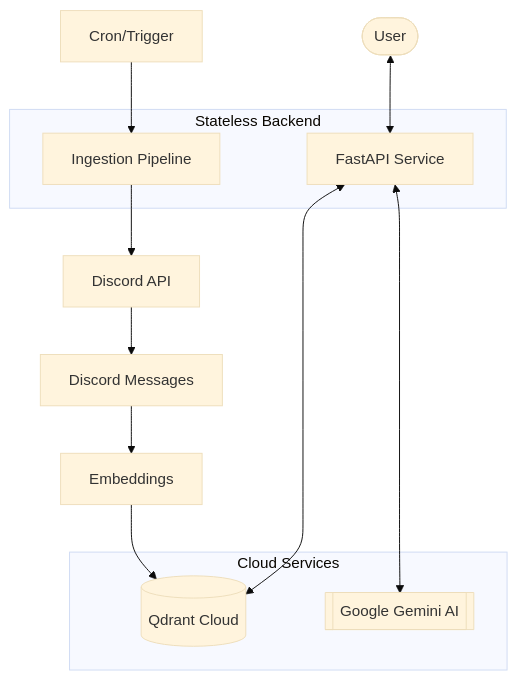
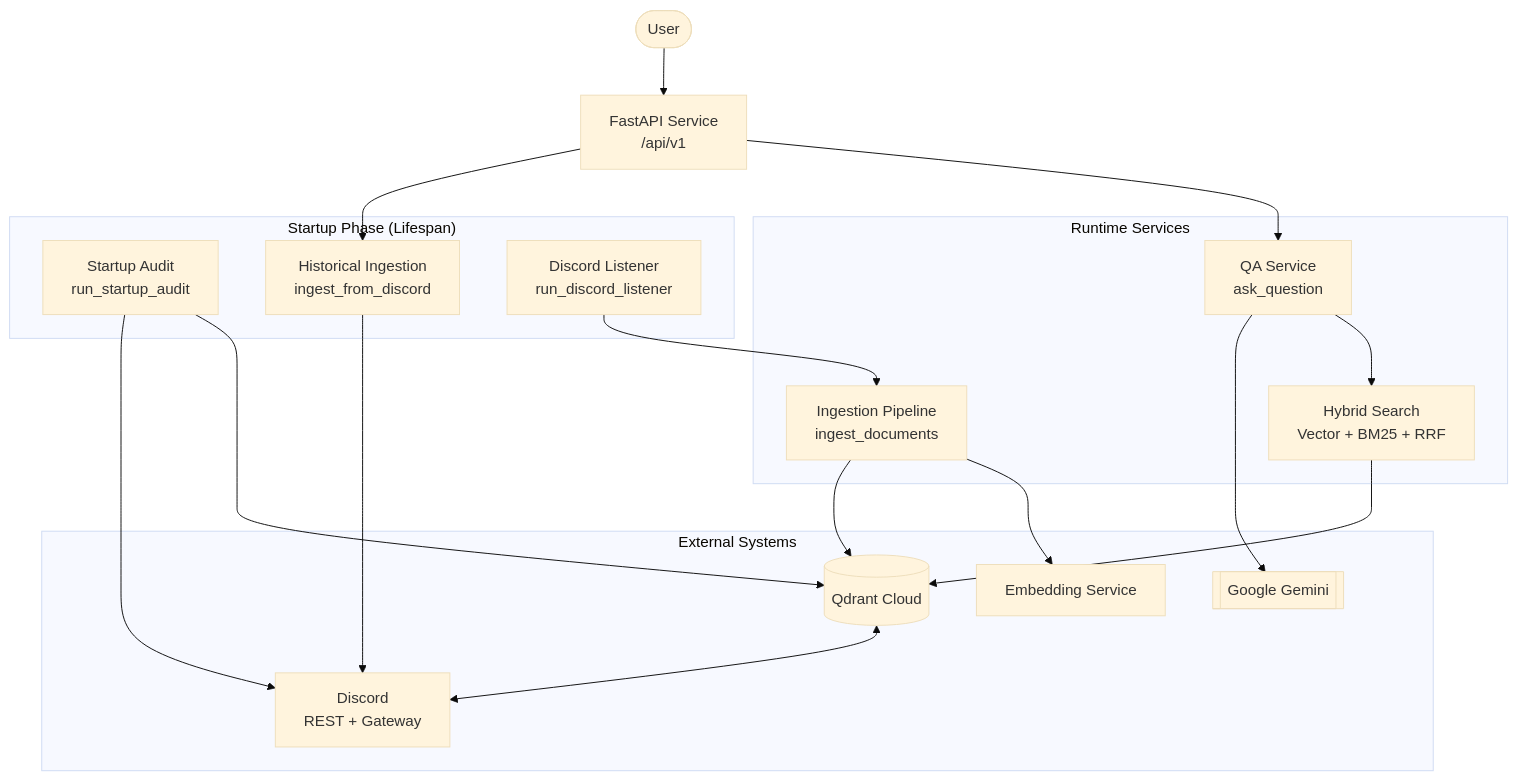
Before and after one commit to MicroClub-USTHB/mAIcro: the first of 2 diagrams in README.md, drawn with Mermaid (base theme). The commit also changed other lines of this file and 6 other files, not shown here.

````diff
--- a/README.md
+++ b/README.md
@@ -105,21 +117,40 @@
 ```mermaid
-graph TD
-    User([User]) <--> API[FastAPI Service]
-    API <--> Qdrant[(Qdrant Cloud)]
-    API <--> Gemini[[Google Gemini AI]]
-    Cron[Cron/Trigger] --> Ingest[Ingestion Pipeline]
-    Ingest --> Discord[Discord API]
-    Discord --> Messages[Discord Messages]
-    Messages --> Embed[Embeddings]
-    Embed --> Qdrant
-    
-    subgraph "Stateless Backend"
-        API
-        Ingest
+flowchart TB
+    USER([User]) --> API[FastAPI Service<br/>/api/v1]
+
+    subgraph STARTUP["Startup Phase (Lifespan)"]
+        AUDIT[Startup Audit<br/>run_startup_audit]
+        HIST[Historical Ingestion<br/>ingest_from_discord]
+        LISTEN[Discord Listener<br/>run_discord_listener]
     end
-    
-    subgraph "Cloud Services"
-        Qdrant
-        Gemini
+
+    subgraph RUNTIME["Runtime Services"]
+        QA[QA Service<br/>ask_question]
+        SEARCH[Hybrid Search<br/>Vector + BM25 + RRF]
+        INGEST[Ingestion Pipeline<br/>ingest_documents]
     end
+
+    subgraph EXTERNAL["External Systems"]
+        QDRANT[(Qdrant Cloud)]
+        GEMINI[[Google Gemini]]
+        DISCORD[Discord<br/>REST + Gateway]
+        EMBED[Embedding Service]
+    end
+
+    API --> QA
+    API --> HIST
+
+    QA --> SEARCH
+    SEARCH --> QDRANT
+    QA --> GEMINI
+
+    LISTEN --> INGEST
+    INGEST --> EMBED
+    INGEST --> QDRANT
+
+    AUDIT --> QDRANT
+    AUDIT --> DISCORD
+    HIST --> DISCORD
+
+    QDRANT <--> DISCORD
 ```
````
